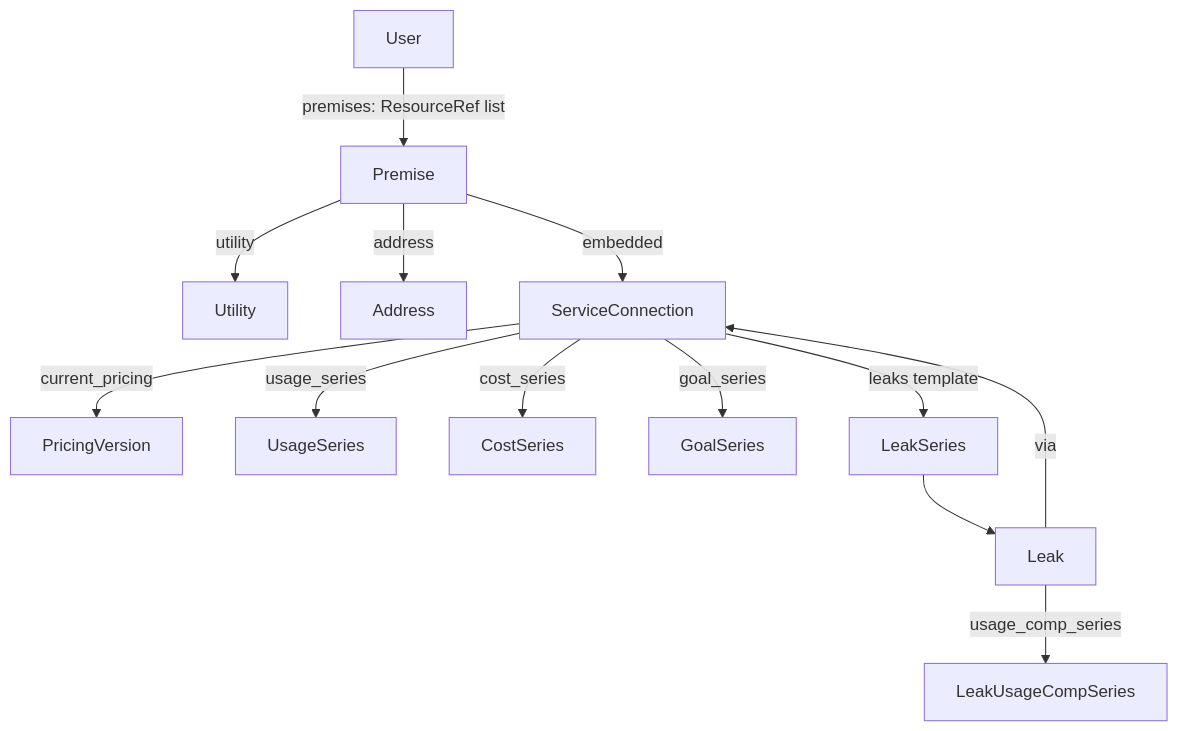
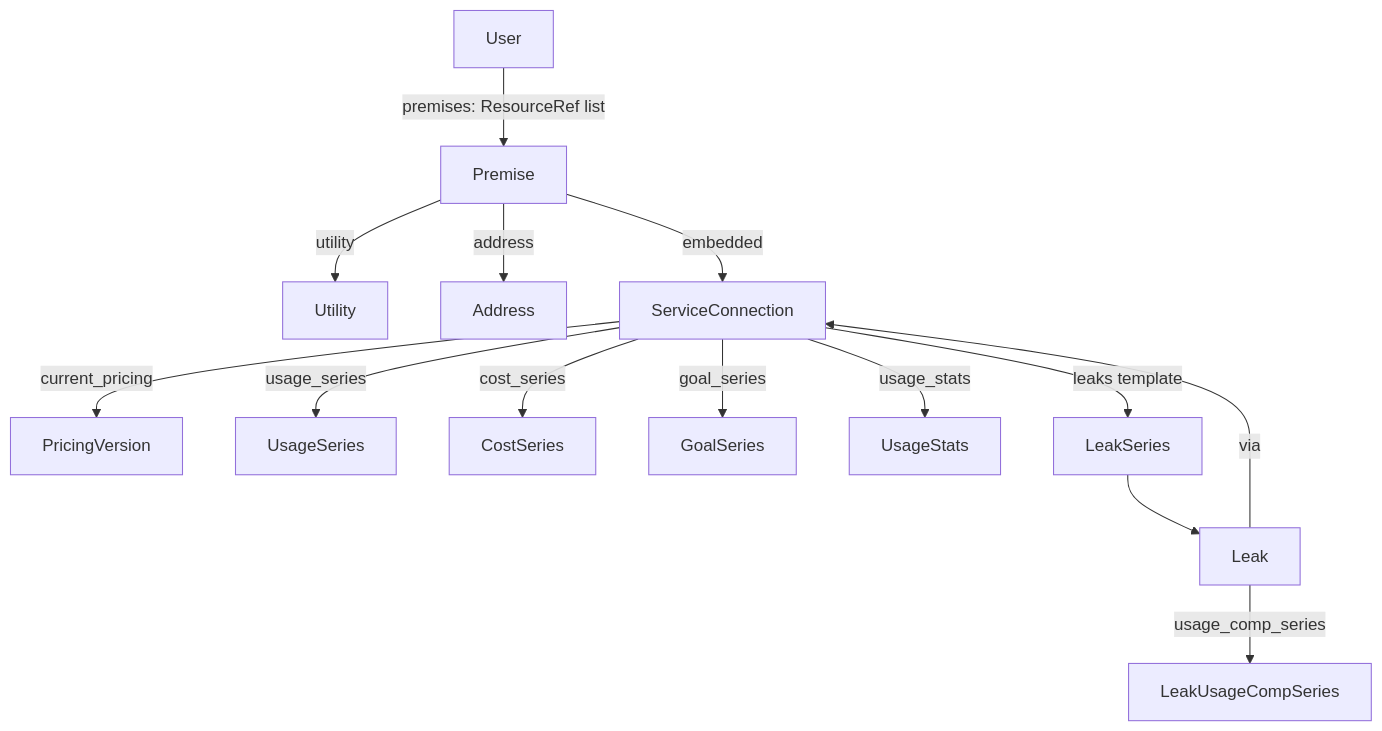
The diagram in AGENTS.md (m-arav/dropcountr-py), drawn with Mermaid before and after one commit. The commit also changed other lines of this file and 4 other files, not shown here.

````diff
--- a/AGENTS.md
+++ b/AGENTS.md
@@ -13,15 +13,16 @@
 ```mermaid
 flowchart TD
   User -->|premises: ResourceRef list| Premise
   Premise -->|utility| Utility
   Premise -->|address| Address
   Premise -->|embedded| ServiceConnection
   ServiceConnection -->|current_pricing| PricingVersion
   ServiceConnection -->|usage_series| UsageSeries
   ServiceConnection -->|cost_series| CostSeries
   ServiceConnection -->|goal_series| GoalSeries
+  ServiceConnection -->|usage_stats| UsageStats
   ServiceConnection -->|leaks template| LeakSeries
   LeakSeries --> Leak
   Leak -->|via| ServiceConnection
   Leak -->|usage_comp_series| LeakUsageCompSeries
 ```
````
